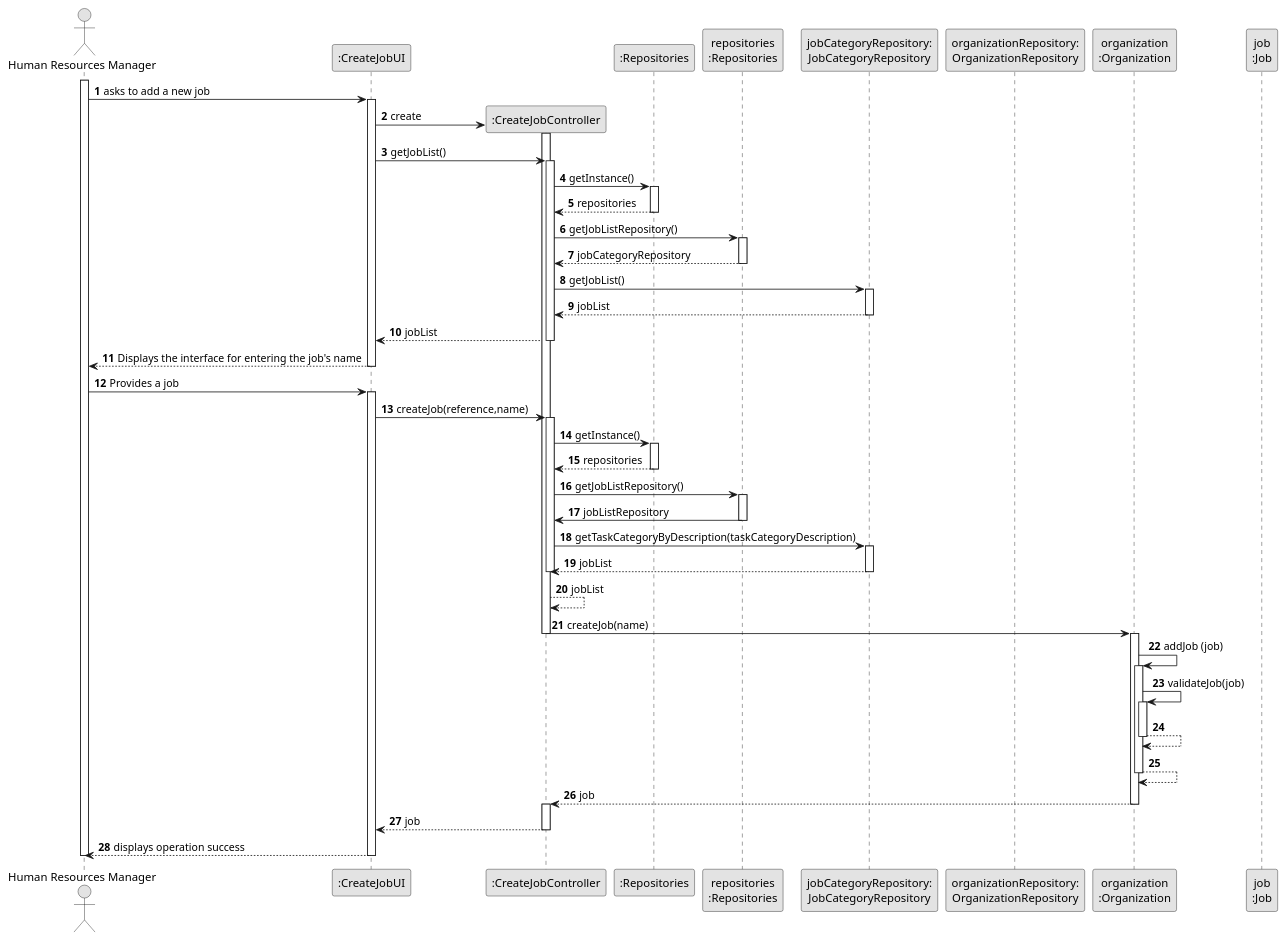
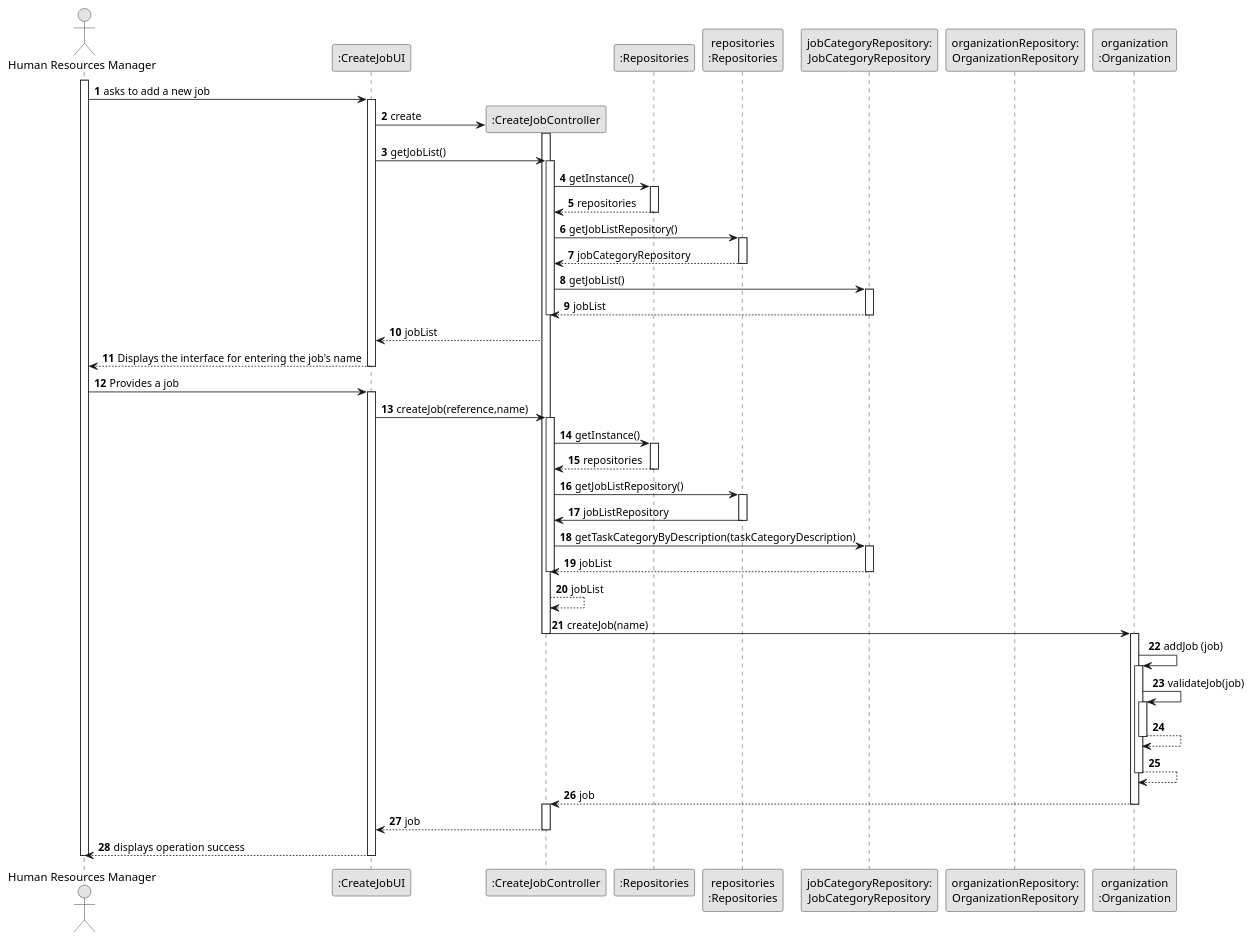
One commit to SAEmanuel/Green_Spaces_Management_ISEP changed the diagram in docs/sprintB/us002/03.design/puml/us002-sequence-diagram-full.puml. Above: the diagram before and after it, drawn with PlantUML.

Commit message:
US2 - design full diagram v7

```diff
--- a/docs/sprintB/us002/03.design/puml/us002-sequence-diagram-full.puml
+++ b/docs/sprintB/us002/03.design/puml/us002-sequence-diagram-full.puml
@@ -1,118 +1,118 @@
 @startuml
 skinparam monochrome true
 skinparam packageStyle rectangle
 skinparam shadowing false
 
 autonumber
 
 'hide footbox
 actor "Human Resources Manager" as HRM
 participant ":CreateJobUI" as UI
 participant ":CreateJobController" as CTRL
 participant ":Repositories" as RepositorySingleton
 participant "repositories\n:Repositories" as PLAT
 participant "jobCategoryRepository:\nJobCategoryRepository" as JobCategoryRepository
 participant "organizationRepository:\nOrganizationRepository" as OrganizationRepository
 participant "organization\n:Organization" as ORG
-participant "job\n:Job" as JOB
+
 
 activate HRM
 
 HRM -> UI : asks to add a new job
 activate UI
 
 UI -> CTRL** : create
 activate CTRL
 
 UI -> CTRL : getJobList()
 activate CTRL
 
 CTRL -> RepositorySingleton : getInstance()
 activate RepositorySingleton
 
 RepositorySingleton --> CTRL: repositories
 deactivate RepositorySingleton
 
 CTRL -> PLAT : getJobListRepository()
 activate PLAT
 
 PLAT --> CTRL: jobCategoryRepository
 deactivate PLAT
 
 CTRL -> JobCategoryRepository : getJobList()
 activate JobCategoryRepository
 
 JobCategoryRepository --> CTRL : jobList
 deactivate JobCategoryRepository
 
+deactivate CTRL
 CTRL --> UI : jobList
-deactivate CTRL
 
 
 
 
 UI --> HRM : Displays the interface for entering the job's name
 deactivate UI
 
 HRM -> UI : Provides a job
 activate UI
 
 
 
 UI -> CTRL : createJob(reference,name)
 activate CTRL
 
 
 
 CTRL -> RepositorySingleton : getInstance()
 activate RepositorySingleton
 
 RepositorySingleton --> CTRL: repositories
 deactivate RepositorySingleton
 
 CTRL -> PLAT : getJobListRepository()
 activate PLAT
 
 PLAT -> CTRL : jobListRepository
 deactivate PLAT
 
 CTRL -> JobCategoryRepository : getTaskCategoryByDescription(taskCategoryDescription)
 activate JobCategoryRepository
 
 JobCategoryRepository --> CTRL : jobList
 deactivate JobCategoryRepository
 
 deactivate CTRL
 CTRL --> CTRL : jobList
 
 
 
 CTRL -> ORG: createJob(name)
 deactivate CTRL
 activate ORG
 
 ORG -> ORG: addJob (job)
 
 
 activate ORG
     ORG -> ORG: validateJob(job)
     activate ORG
         ORG --> ORG
     deactivate ORG
 
     ORG --> ORG
 deactivate ORG
 
 ORG --> CTRL : job
 
 deactivate ORG
 
 activate CTRL
 CTRL --> UI: job
 deactivate CTRL
 UI --> HRM: displays operation success
 deactivate UI
 
 deactivate HRM
 
 @enduml
```
